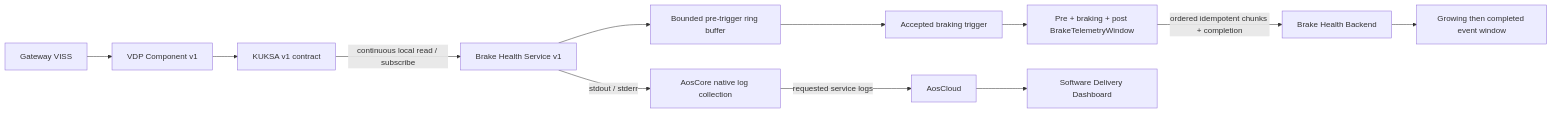
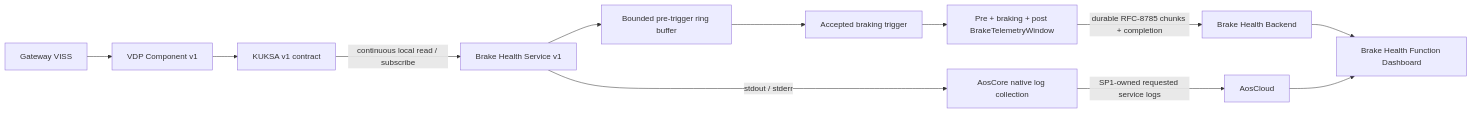
Diagram 11 of 22 in docs/architecture/demo-scenario-architecture-flows.md (alexmaninblack/aosedge-sdv-demo), drawn with Mermaid before and after one commit. The commit also changed other lines of this file and 176 other files, not shown here.

````diff
--- a/docs/architecture/demo-scenario-architecture-flows.md
+++ b/docs/architecture/demo-scenario-architecture-flows.md
@@ -711,12 +736,12 @@
 ```mermaid
 flowchart LR
     VISS["Gateway VISS"] --> P1["VDP Component v1"] --> KUKSA["KUKSA v1 contract"]
     KUKSA -->|"continuous local read / subscribe"| S1["Brake Health Service v1"]
     S1 --> RING["Bounded pre-trigger ring buffer"]
     RING --> TRIGGER["Accepted braking trigger"]
     TRIGGER --> WINDOW["Pre + braking + post BrakeTelemetryWindow"]
-    WINDOW -->|"ordered idempotent chunks + completion"| BE["Brake Health Backend"]
+    WINDOW -->|"durable RFC-8785 chunks + completion"| BE["Brake Health Backend"]
     BE --> BD["Growing then completed event window"]
     S1 -->|"stdout / stderr"| NLOG["AosCore native log collection"]
-    NLOG -->|"requested service logs"| AC["AosCloud"] --> SW["Software Delivery Dashboard"]
+    NLOG -->|"SP1-owned requested service logs"| AC["AosCloud"] --> BD["Brake Health Function Dashboard"]
 ```
````
